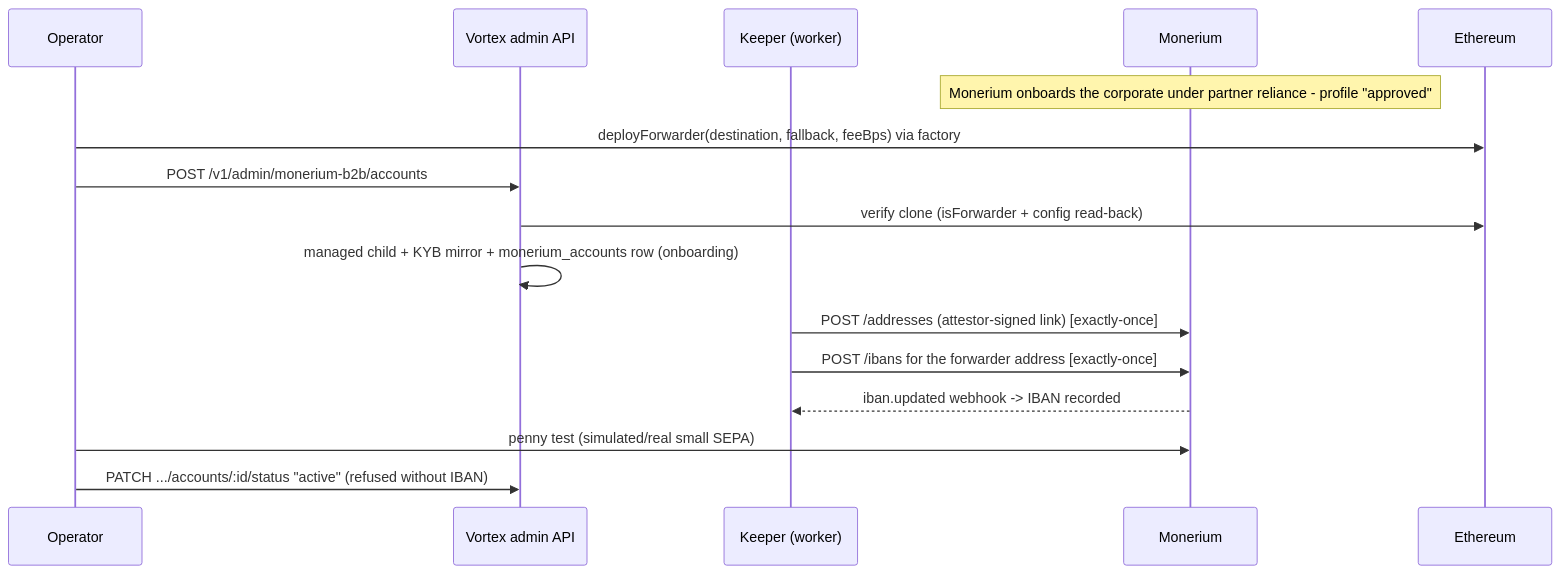
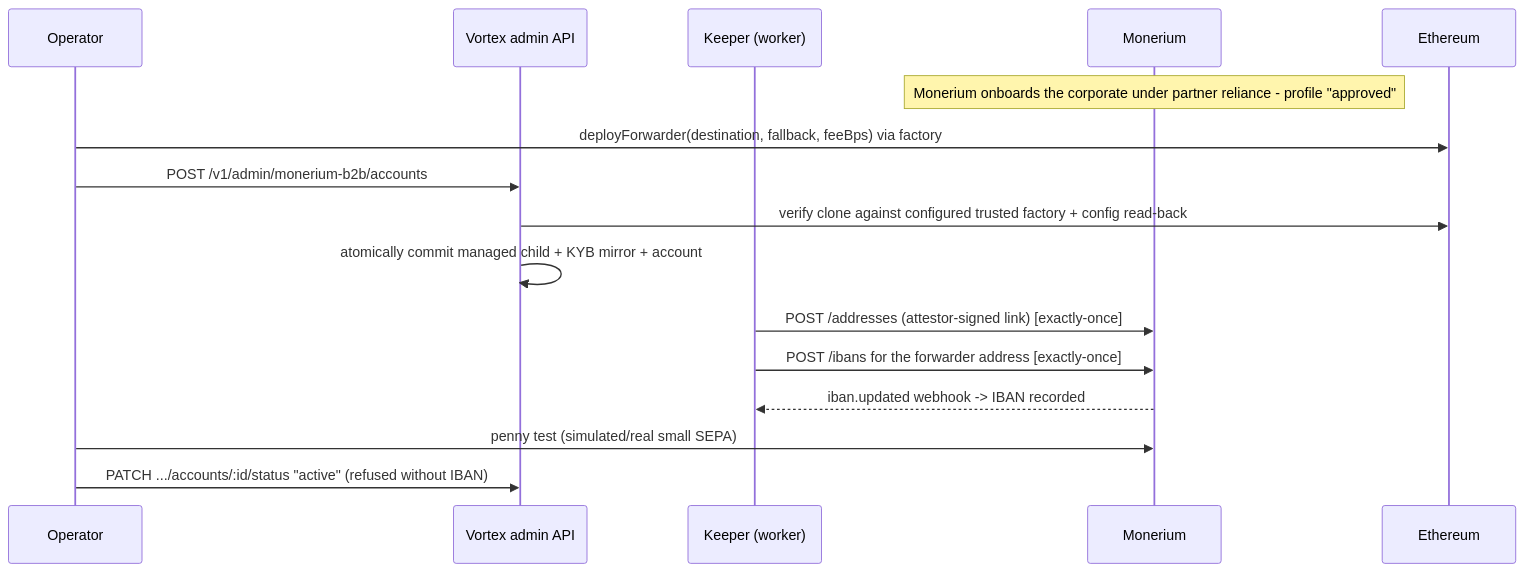
The second of 8 diagrams in docs/architecture-monerium-b2b-onramp.md (pendulum-chain/vortex), drawn with Mermaid before and after one commit. The commit also changed other lines of this file and 52 other files, not shown here.

````diff
--- a/docs/architecture-monerium-b2b-onramp.md
+++ b/docs/architecture-monerium-b2b-onramp.md
@@ -85,19 +91,19 @@
 ```mermaid
 sequenceDiagram
     participant Op as Operator
     participant Adm as Vortex admin API
     participant K as Keeper (worker)
     participant M as Monerium
     participant C as Ethereum
 
     Note over M: Monerium onboards the corporate under partner reliance - profile "approved"
     Op->>C: deployForwarder(destination, fallback, feeBps) via factory
     Op->>Adm: POST /v1/admin/monerium-b2b/accounts
-    Adm->>C: verify clone (isForwarder + config read-back)
-    Adm->>Adm: managed child + KYB mirror + monerium_accounts row (onboarding)
+    Adm->>C: verify clone against configured trusted factory + config read-back
+    Adm->>Adm: atomically commit managed child + KYB mirror + account
     K->>M: POST /addresses (attestor-signed link)  [exactly-once]
     K->>M: POST /ibans for the forwarder address   [exactly-once]
     M-->>K: iban.updated webhook -> IBAN recorded
     Op->>M: penny test (simulated/real small SEPA)
     Op->>Adm: PATCH .../accounts/:id/status "active" (refused without IBAN)
 ```
````
